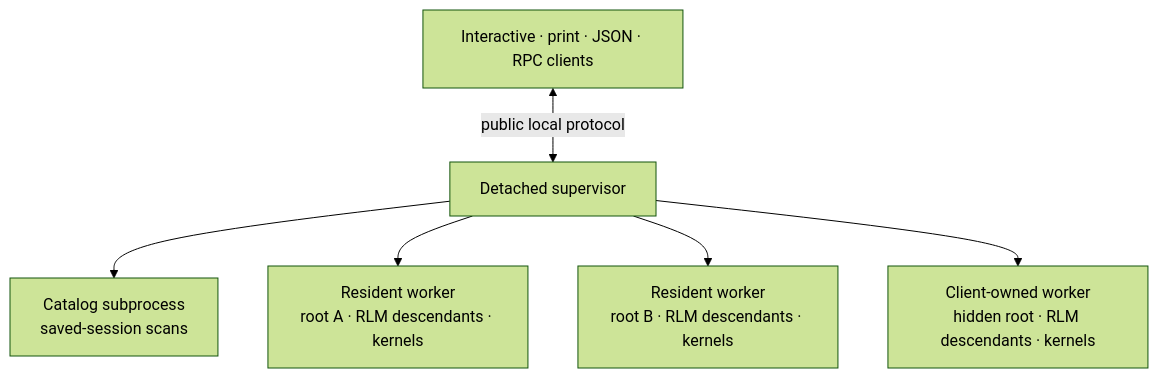
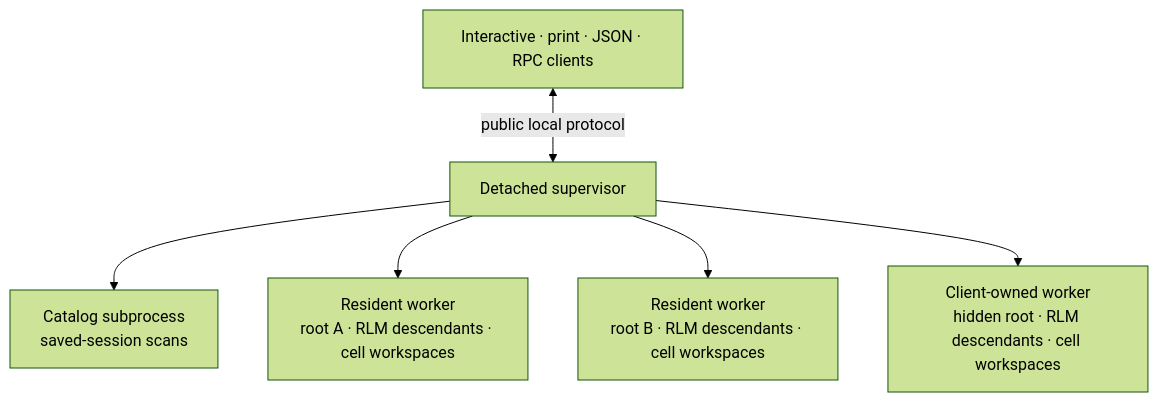
The diagram in packages/coding-agent/docs/daemon.md (second-state/wasmedge-agent), drawn with Mermaid (forest theme) before and after one commit. The commit also changed other lines of this file and 16 other files, not shown here.

````diff
--- a/packages/coding-agent/docs/daemon.md
+++ b/packages/coding-agent/docs/daemon.md
@@ -7,15 +7,15 @@
 ```mermaid
 flowchart TD
     clients["Interactive · print · JSON · RPC clients"]
     supervisor["Detached supervisor"]
     catalog["Catalog subprocess<br/>saved-session scans"]
-    residentA["Resident worker<br/>root A · RLM descendants · kernels"]
-    residentB["Resident worker<br/>root B · RLM descendants · kernels"]
-    owned["Client-owned worker<br/>hidden root · RLM descendants · kernels"]
+    residentA["Resident worker<br/>root A · RLM descendants · cell workspaces"]
+    residentB["Resident worker<br/>root B · RLM descendants · cell workspaces"]
+    owned["Client-owned worker<br/>hidden root · RLM descendants · cell workspaces"]
 
     clients <-->|"public local protocol"| supervisor
     supervisor --> catalog
     supervisor --> residentA
     supervisor --> residentB
     supervisor --> owned
 ```
````
